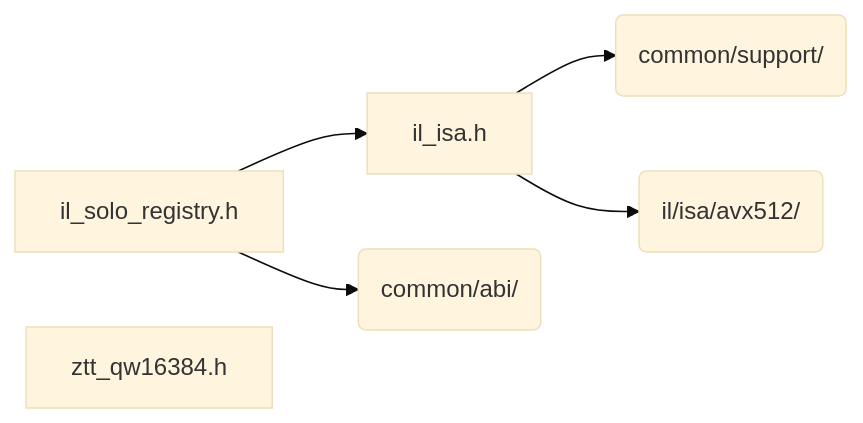
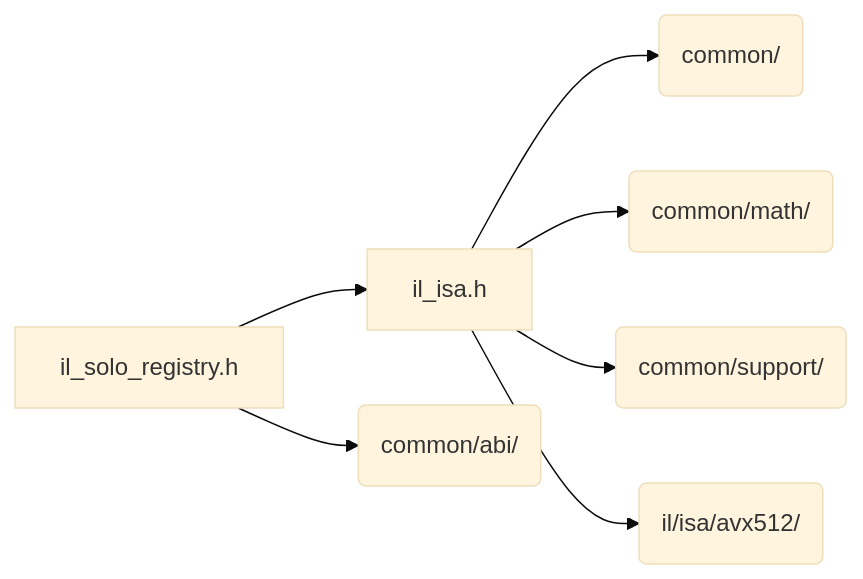
Before and after one commit to Tugbars/VectorFFT: the diagram in docs/architecture/generated/folders/il__isa.md, drawn with Mermaid (base theme). The commit also changed other lines of this file and 98 other files, not shown here.

Commit message:
regenerated architecture drawings

````diff
--- a/docs/architecture/generated/folders/il__isa.md
+++ b/docs/architecture/generated/folders/il__isa.md
@@ -12,13 +11,16 @@
 ```mermaid
 flowchart LR
     n_il_isa_il_isa_h["il_isa.h"]
     n_il_isa_il_solo_registry_h["il_solo_registry.h"]
-    n_il_isa_ztt_qw16384_h["ztt_qw16384.h"]
+    n_dir_common("common/")
     n_dir_common_abi("common/abi/")
+    n_dir_common_math("common/math/")
     n_dir_common_support("common/support/")
     n_dir_il_isa_avx512("il/isa/avx512/")
+    n_il_isa_il_isa_h --> n_dir_common
+    n_il_isa_il_isa_h --> n_dir_common_math
     n_il_isa_il_isa_h --> n_dir_common_support
     n_il_isa_il_isa_h --> n_dir_il_isa_avx512
     n_il_isa_il_solo_registry_h --> n_dir_common_abi
     n_il_isa_il_solo_registry_h --> n_il_isa_il_isa_h
 ```
````
